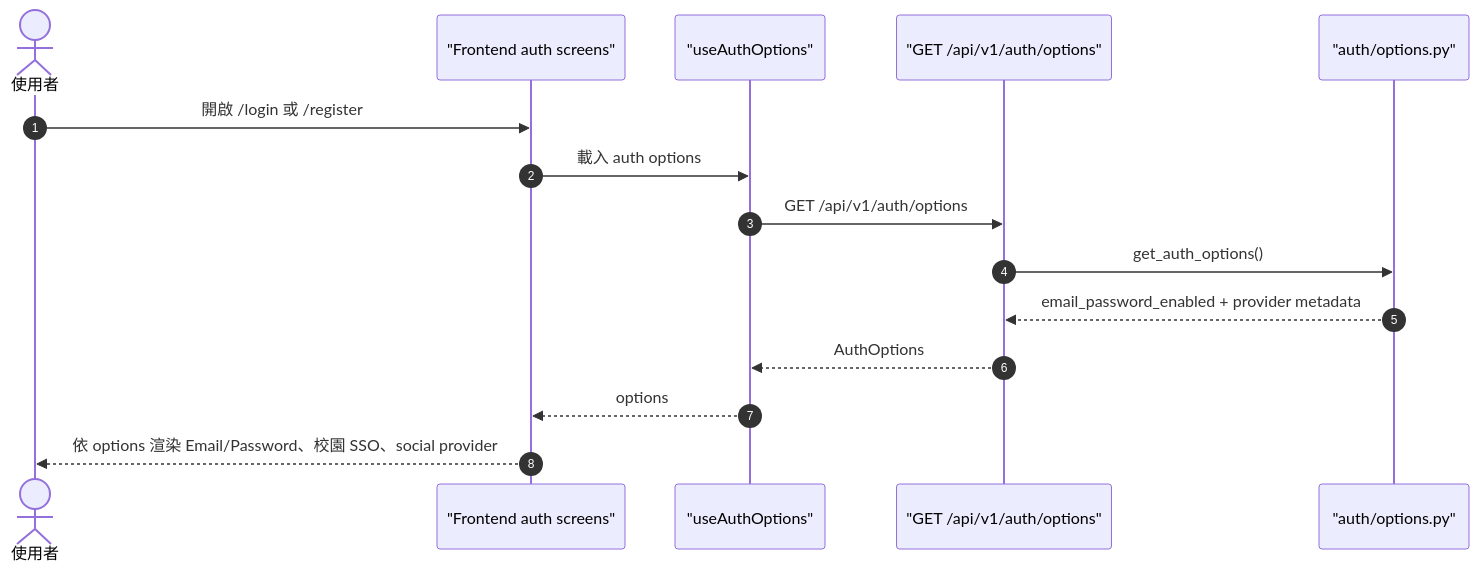
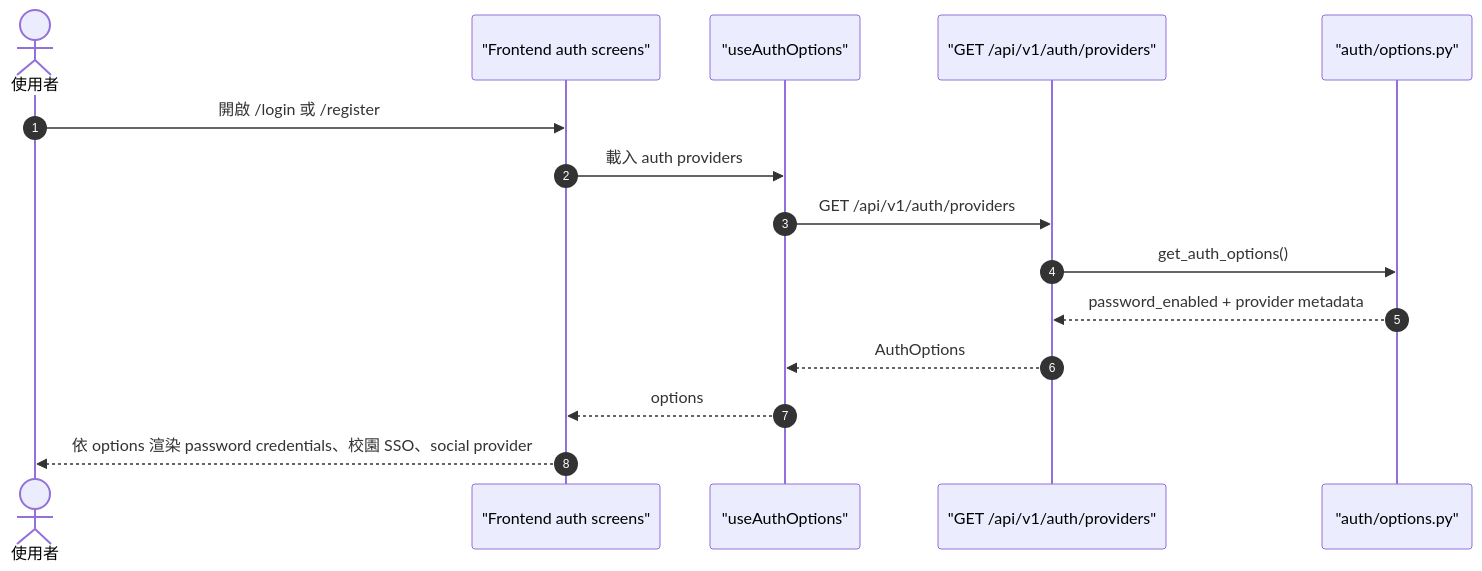
The second of 6 diagrams in frontend/public/docs/zh-TW/identity-auth-extension.md (quan0715/QJudge), drawn with Mermaid before and after one commit. The commit also changed other lines of this file and 176 other files, not shown here.

````diff
--- a/frontend/public/docs/zh-TW/identity-auth-extension.md
+++ b/frontend/public/docs/zh-TW/identity-auth-extension.md
@@ -374,18 +381,18 @@
 ```mermaid
 sequenceDiagram
     autonumber
     actor U as 使用者
     participant FE as "Frontend auth screens"
     participant Hook as "useAuthOptions"
-    participant API as "GET /api/v1/auth/options"
+    participant API as "GET /api/v1/auth/providers"
     participant Options as "auth/options.py"
 
     U->>FE: 開啟 /login 或 /register
-    FE->>Hook: 載入 auth options
-    Hook->>API: GET /api/v1/auth/options
+    FE->>Hook: 載入 auth providers
+    Hook->>API: GET /api/v1/auth/providers
     API->>Options: get_auth_options()
-    Options-->>API: email_password_enabled + provider metadata
+    Options-->>API: password_enabled + provider metadata
     API-->>Hook: AuthOptions
     Hook-->>FE: options
-    FE-->>U: 依 options 渲染 Email/Password、校園 SSO、social provider
+    FE-->>U: 依 options 渲染 password credentials、校園 SSO、social provider
 ```
````
